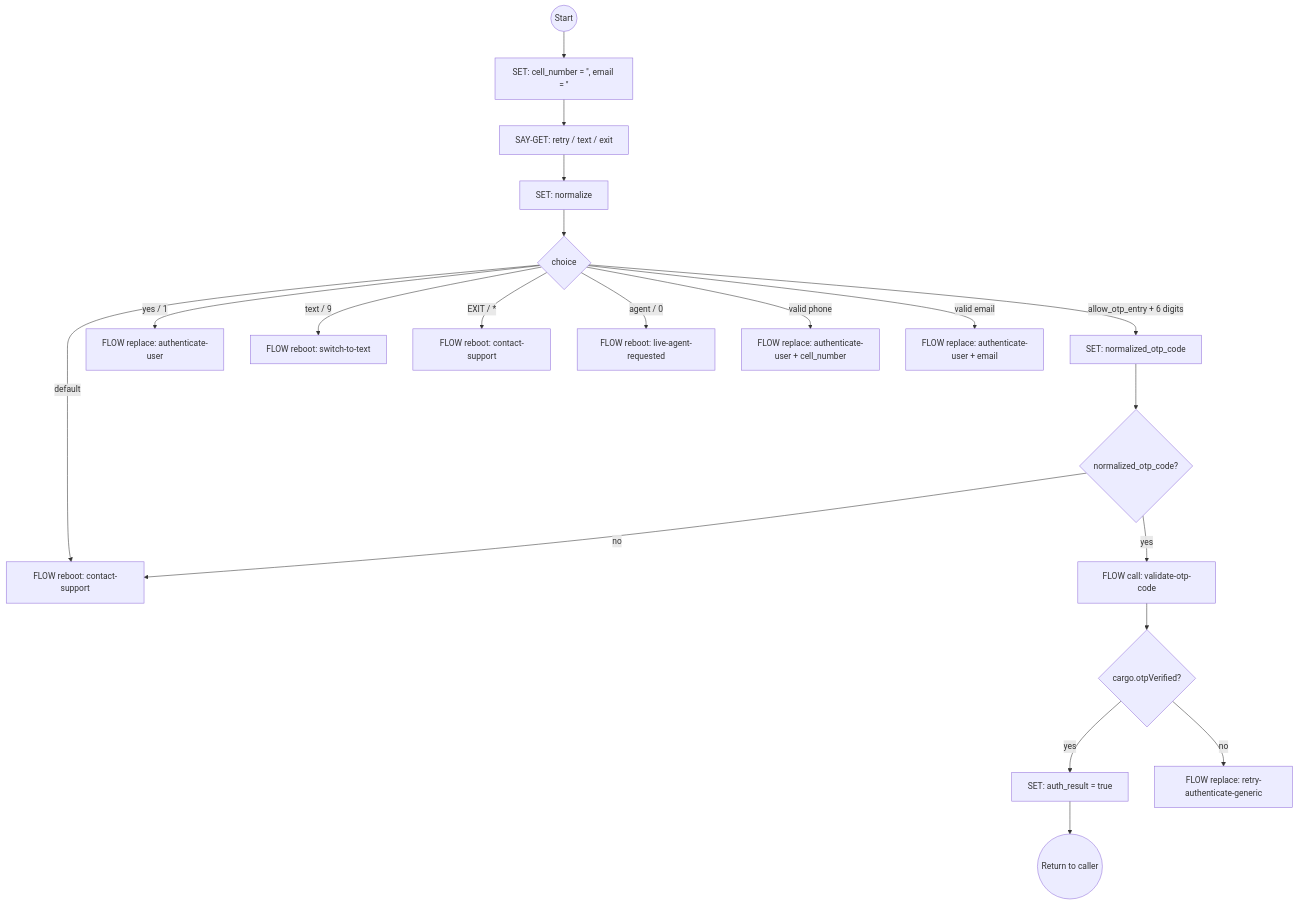
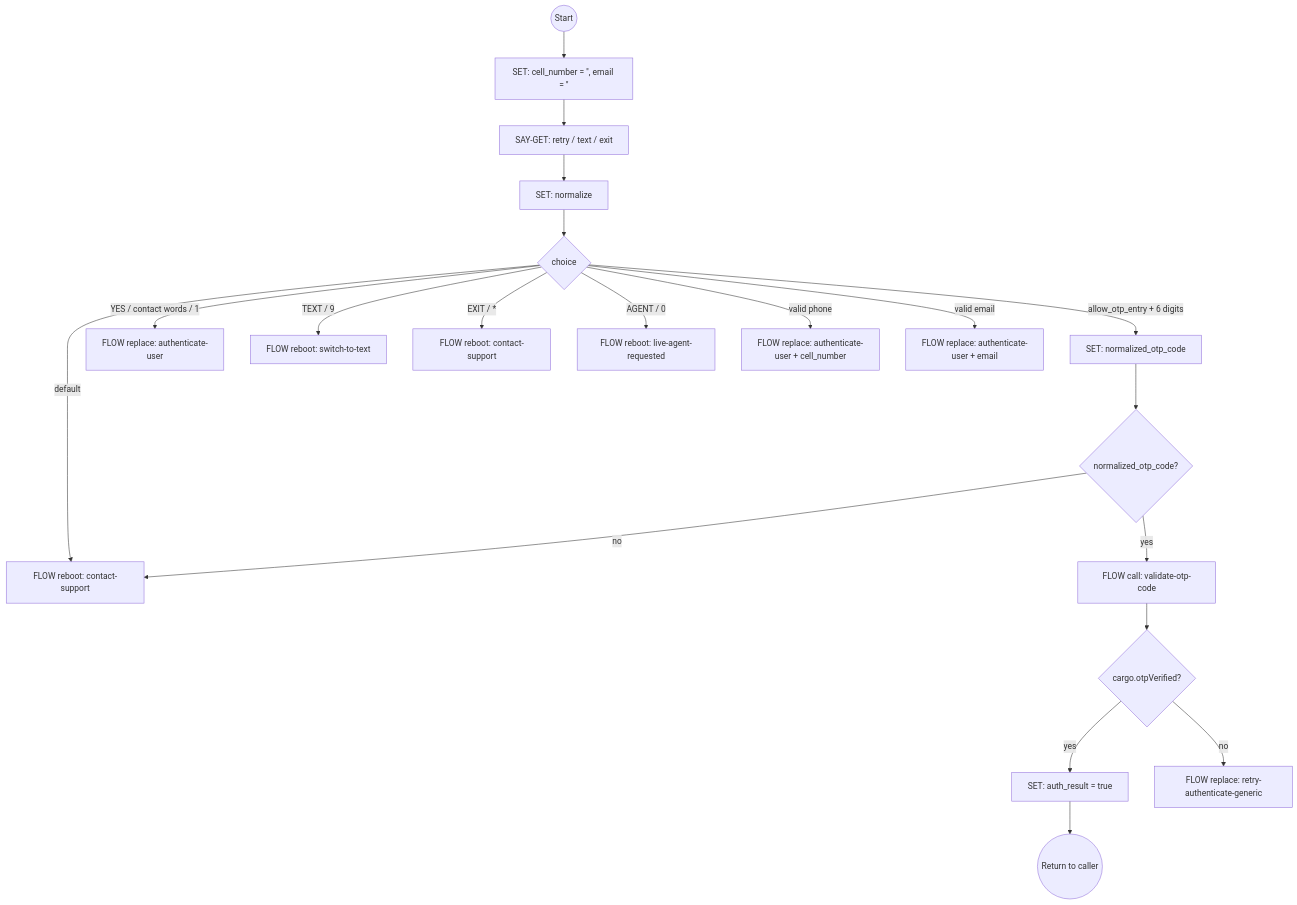
One commit to ronpinkas/jsfe changed diagram 13 of 14 in docs/system-flows.md. Above: the diagram before and after it, drawn with Mermaid. The commit also changed other lines of this file and 1 other file, not shown here.

Commit message:
docs: system and Shopify flow pages on the shared answer vocabulary (isAnswer, isAgentRequest)

````diff
--- a/docs/system-flows.md
+++ b/docs/system-flows.md
@@ -644,22 +649,22 @@
 ```mermaid
 graph TD
     start((Start)) --> clear_variables[SET: cell_number = '', email = '']
     clear_variables --> retry_msg[SAY-GET: retry / text / exit]
     retry_msg --> normalize_user_choice[SET: normalize]
     normalize_user_choice --> handle_choice{choice}
     handle_choice -->|allow_otp_entry + 6 digits| treat_as_otp_entry[SET: normalized_otp_code]
-    handle_choice -->|yes / 1| retry_authenticate[FLOW replace: authenticate-user]
-    handle_choice -->|text / 9| switch_to_text[FLOW reboot: switch-to-text]
+    handle_choice -->|YES / contact words / 1| retry_authenticate[FLOW replace: authenticate-user]
+    handle_choice -->|TEXT / 9| switch_to_text[FLOW reboot: switch-to-text]
     handle_choice -->|EXIT / *| abort_process[FLOW reboot: contact-support]
-    handle_choice -->|agent / 0| goto_live_agent[FLOW reboot: live-agent-requested]
+    handle_choice -->|AGENT / 0| goto_live_agent[FLOW reboot: live-agent-requested]
     handle_choice -->|valid phone| phone_retry[FLOW replace: authenticate-user + cell_number]
     handle_choice -->|valid email| email_retry[FLOW replace: authenticate-user + email]
     handle_choice -->|default| provide_contact_info_default[FLOW reboot: contact-support]
     treat_as_otp_entry --> check_and_validate_otp{normalized_otp_code?}
     check_and_validate_otp -->|yes| validate_otp[FLOW call: validate-otp-code]
     check_and_validate_otp -->|no| provide_contact_info_default
     validate_otp --> check_validation_result{cargo.otpVerified?}
     check_validation_result -->|yes| auth_success[SET: auth_result = true]
     check_validation_result -->|no| auth_failed_again[FLOW replace: retry-authenticate-generic]
     auth_success --> stop((Return to caller))
 ```
````
